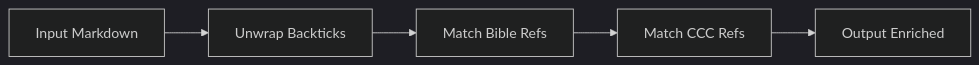
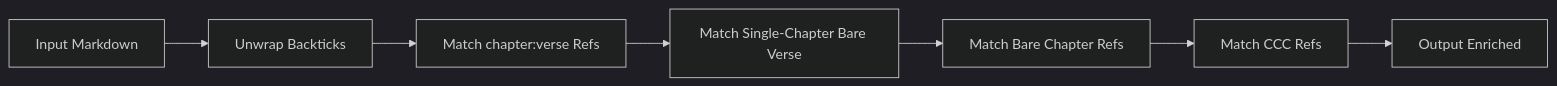
One commit to psenger/mcp-markdown-bible-enricher changed the diagram in README.md. Above: the diagram before and after it, drawn with Mermaid (dark theme). The commit also changed other lines of this file, not shown here.

````diff
--- a/README.md
+++ b/README.md
@@ -511,7 +535,9 @@
 ```mermaid
 graph LR
     A[Input Markdown] --> B[Unwrap Backticks]
-    B --> C[Match Bible Refs]
-    C --> D[Match CCC Refs]
-    D --> E[Output Enriched]
+    B --> C[Match chapter:verse Refs]
+    C --> D[Match Single-Chapter Bare Verse]
+    D --> E[Match Bare Chapter Refs]
+    E --> F[Match CCC Refs]
+    F --> G[Output Enriched]
 ```
````
